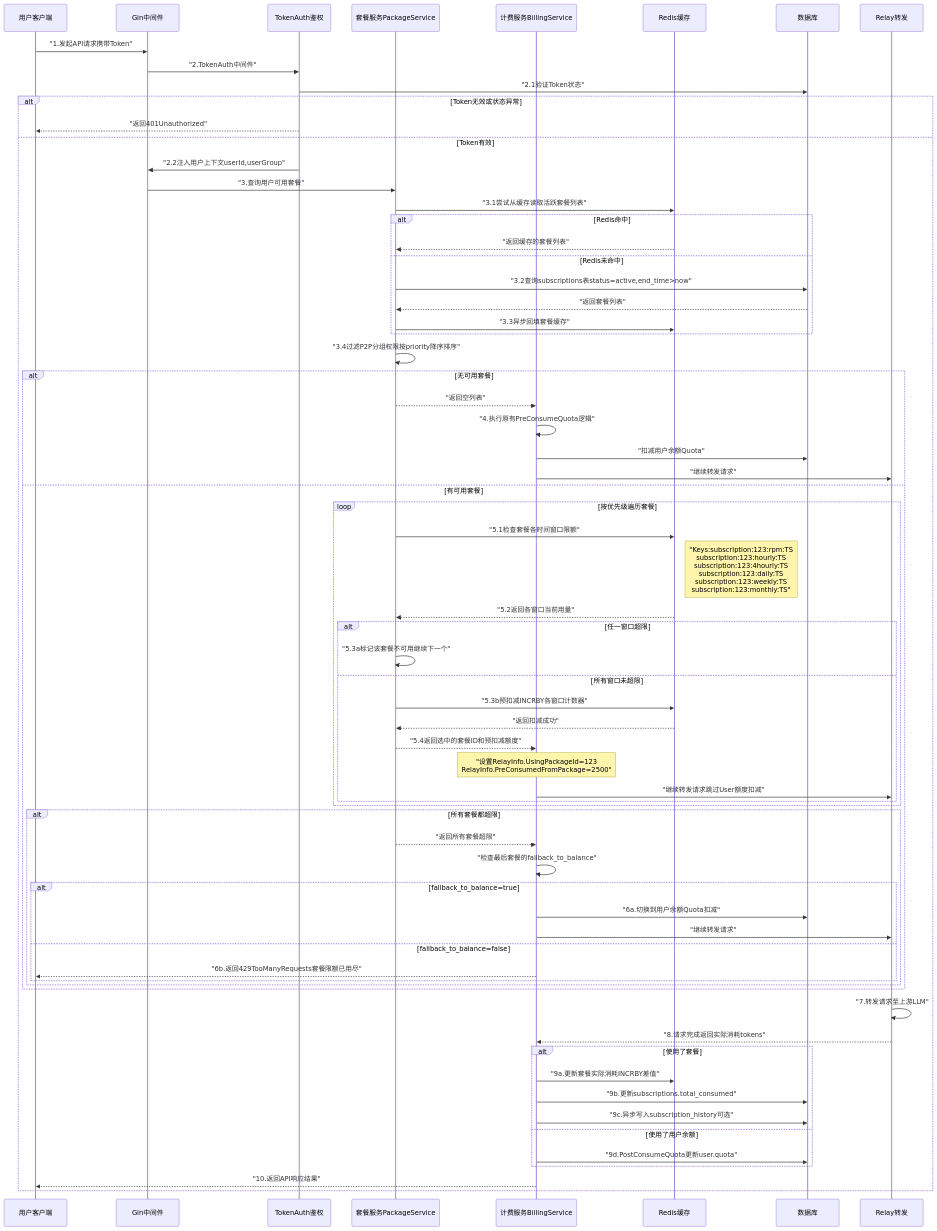
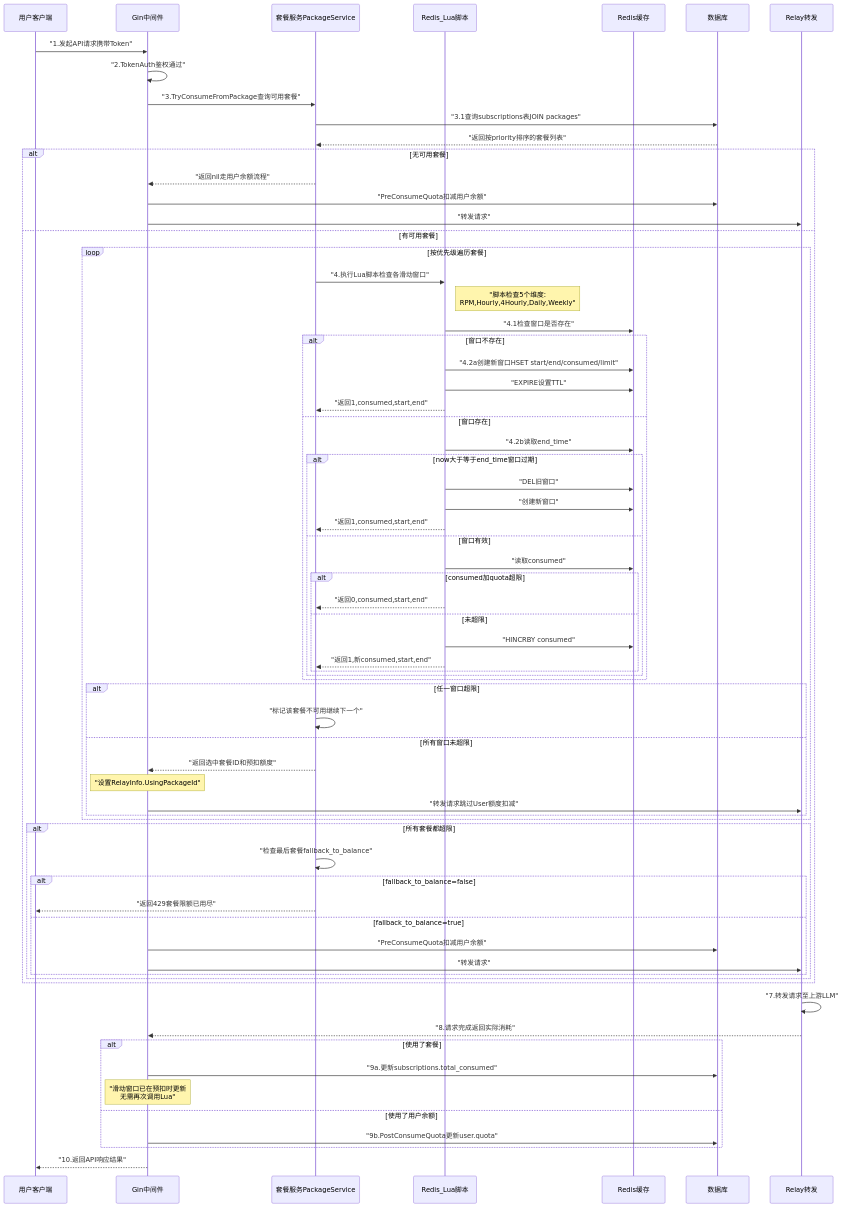
The first of 7 diagrams in docs/NewAPI-支持多种包月套餐-优化版.md (WoolenWang/new-api), drawn with Mermaid before and after one commit. The commit also changed other lines of this file, not shown here.

````diff
--- a/docs/NewAPI-支持多种包月套餐-优化版.md
+++ b/docs/NewAPI-支持多种包月套餐-优化版.md
@@ -168,82 +158,80 @@
 ```mermaid
 sequenceDiagram
     participant U as 用户客户端
     participant G as Gin中间件
-    participant Auth as TokenAuth鉴权
     participant Pkg as 套餐服务PackageService
-    participant Bill as 计费服务BillingService
+    participant Lua as Redis_Lua脚本
     participant Redis as Redis缓存
     participant DB as 数据库
     participant Relay as Relay转发
 
     U->>G: "1.发起API请求携带Token"
-    G->>Auth: "2.TokenAuth中间件"
-    Auth->>DB: "2.1验证Token状态"
+    G->>G: "2.TokenAuth鉴权通过"
 
-    alt Token无效或状态异常
-        Auth-->>U: "返回401Unauthorized"
-    else Token有效
-        Auth->>G: "2.2注入用户上下文userId,userGroup"
-        G->>Pkg: "3.查询用户可用套餐"
+    G->>Pkg: "3.TryConsumeFromPackage查询可用套餐"
+    Pkg->>DB: "3.1查询subscriptions表JOIN packages"
+    DB-->>Pkg: "返回按priority排序的套餐列表"
 
-        Pkg->>Redis: "3.1尝试从缓存读取活跃套餐列表"
-        alt Redis命中
-            Redis-->>Pkg: "返回缓存的套餐列表"
-        else Redis未命中
-            Pkg->>DB: "3.2查询subscriptions表status=active,end_time>now"
-            DB-->>Pkg: "返回套餐列表"
-            Pkg->>Redis: "3.3异步回填套餐缓存"
-        end
+    alt 无可用套餐
+        Pkg-->>G: "返回nil走用户余额流程"
+        G->>DB: "PreConsumeQuota扣减用户余额"
+        G->>Relay: "转发请求"
+    else 有可用套餐
+        loop 按优先级遍历套餐
+            Pkg->>Lua: "4.执行Lua脚本检查各滑动窗口"
+            Note right of Lua: "脚本检查5个维度:<br>RPM,Hourly,4Hourly,Daily,Weekly"
 
-        Pkg->>Pkg: "3.4过滤P2P分组权限按priority降序排序"
-
-        alt 无可用套餐
-            Pkg-->>Bill: "返回空列表"
-            Bill->>Bill: "4.执行原有PreConsumeQuota逻辑"
-            Bill->>DB: "扣减用户余额Quota"
-            Bill->>Relay: "继续转发请求"
-        else 有可用套餐
-            loop 按优先级遍历套餐
-                Pkg->>Redis: "5.1检查套餐各时间窗口限额"
-                Note right of Redis: "Keys:subscription:123:rpm:TS<br>subscription:123:hourly:TS<br>subscription:123:4hourly:TS<br>subscription:123:daily:TS<br>subscription:123:weekly:TS<br>subscription:123:monthly:TS"
-
-                Redis-->>Pkg: "5.2返回各窗口当前用量"
-
-                alt 任一窗口超限
-                    Pkg->>Pkg: "5.3a标记该套餐不可用继续下一个"
-                else 所有窗口未超限
-                    Pkg->>Redis: "5.3b预扣减INCRBY各窗口计数器"
-                    Redis-->>Pkg: "返回扣减成功"
-                    Pkg-->>Bill: "5.4返回选中的套餐ID和预扣减额度"
-                    Note over Bill: "设置RelayInfo.UsingPackageId=123<br>RelayInfo.PreConsumedFromPackage=2500"
-                    Bill->>Relay: "继续转发请求跳过User额度扣减"
+            Lua->>Redis: "4.1检查窗口是否存在"
+            alt 窗口不存在
+                Lua->>Redis: "4.2a创建新窗口HSET start/end/consumed/limit"
+                Lua->>Redis: "EXPIRE设置TTL"
+                Lua-->>Pkg: "返回1,consumed,start,end"
+            else 窗口存在
+                Lua->>Redis: "4.2b读取end_time"
+                alt now大于等于end_time窗口过期
+                    Lua->>Redis: "DEL旧窗口"
+                    Lua->>Redis: "创建新窗口"
+                    Lua-->>Pkg: "返回1,consumed,start,end"
+                else 窗口有效
+                    Lua->>Redis: "读取consumed"
+                    alt consumed加quota超限
+                        Lua-->>Pkg: "返回0,consumed,start,end"
+                    else 未超限
+                        Lua->>Redis: "HINCRBY consumed"
+                        Lua-->>Pkg: "返回1,新consumed,start,end"
+                    end
                 end
             end
 
-            alt 所有套餐都超限
-                Pkg-->>Bill: "返回所有套餐超限"
-                Bill->>Bill: "检查最后套餐的fallback_to_balance"
-
-                alt fallback_to_balance=true
-                    Bill->>DB: "6a.切换到用户余额Quota扣减"
-                    Bill->>Relay: "继续转发请求"
-                else fallback_to_balance=false
-                    Bill-->>U: "6b.返回429TooManyRequests套餐限额已用尽"
-                end
+            alt 任一窗口超限
+                Pkg->>Pkg: "标记该套餐不可用继续下一个"
+            else 所有窗口未超限
+                Pkg-->>G: "返回选中套餐ID和预扣额度"
+                Note over G: "设置RelayInfo.UsingPackageId"
+                G->>Relay: "转发请求跳过User额度扣减"
             end
         end
 
-        Relay->>Relay: "7.转发请求至上游LLM"
-        Relay-->>Bill: "8.请求完成返回实际消耗tokens"
+        alt 所有套餐都超限
+            Pkg->>Pkg: "检查最后套餐fallback_to_balance"
+            alt fallback_to_balance=false
+                Pkg-->>U: "返回429套餐限额已用尽"
+            else fallback_to_balance=true
+                G->>DB: "PreConsumeQuota扣减用户余额"
+                G->>Relay: "转发请求"
+            end
+        end
+    end
 
-        alt 使用了套餐
-            Bill->>Redis: "9a.更新套餐实际消耗INCRBY差值"
-            Bill->>DB: "9b.更新subscriptions.total_consumed"
-            Bill->>DB: "9c.异步写入subscription_history可选"
-        else 使用了用户余额
-            Bill->>DB: "9d.PostConsumeQuota更新user.quota"
-        end
+    Relay->>Relay: "7.转发请求至上游LLM"
+    Relay-->>G: "8.请求完成返回实际消耗"
 
-        Bill-->>U: "10.返回API响应结果"
+    alt 使用了套餐
+        G->>DB: "9a.更新subscriptions.total_consumed"
+        Note over G: "滑动窗口已在预扣时更新<br>无需再次调用Lua"
+    else 使用了用户余额
+        G->>DB: "9b.PostConsumeQuota更新user.quota"
     end
+
+    G-->>U: "10.返回API响应结果"
 ```
````
